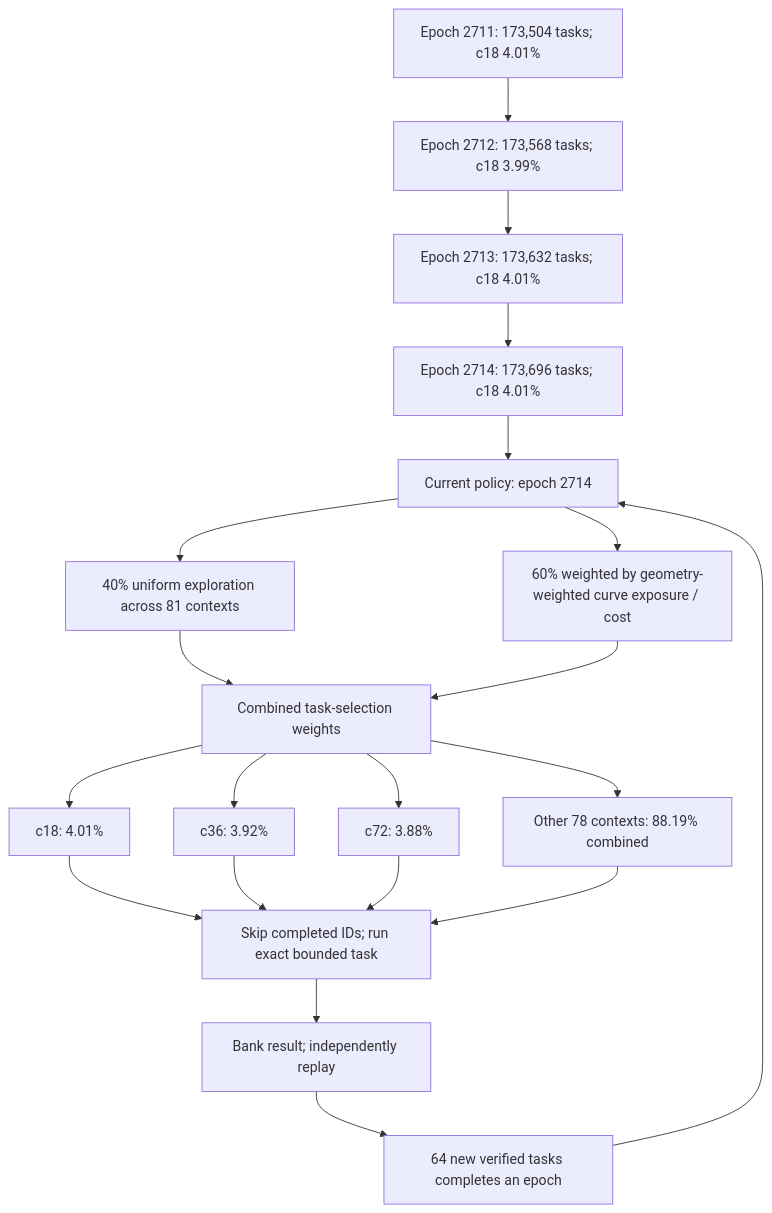
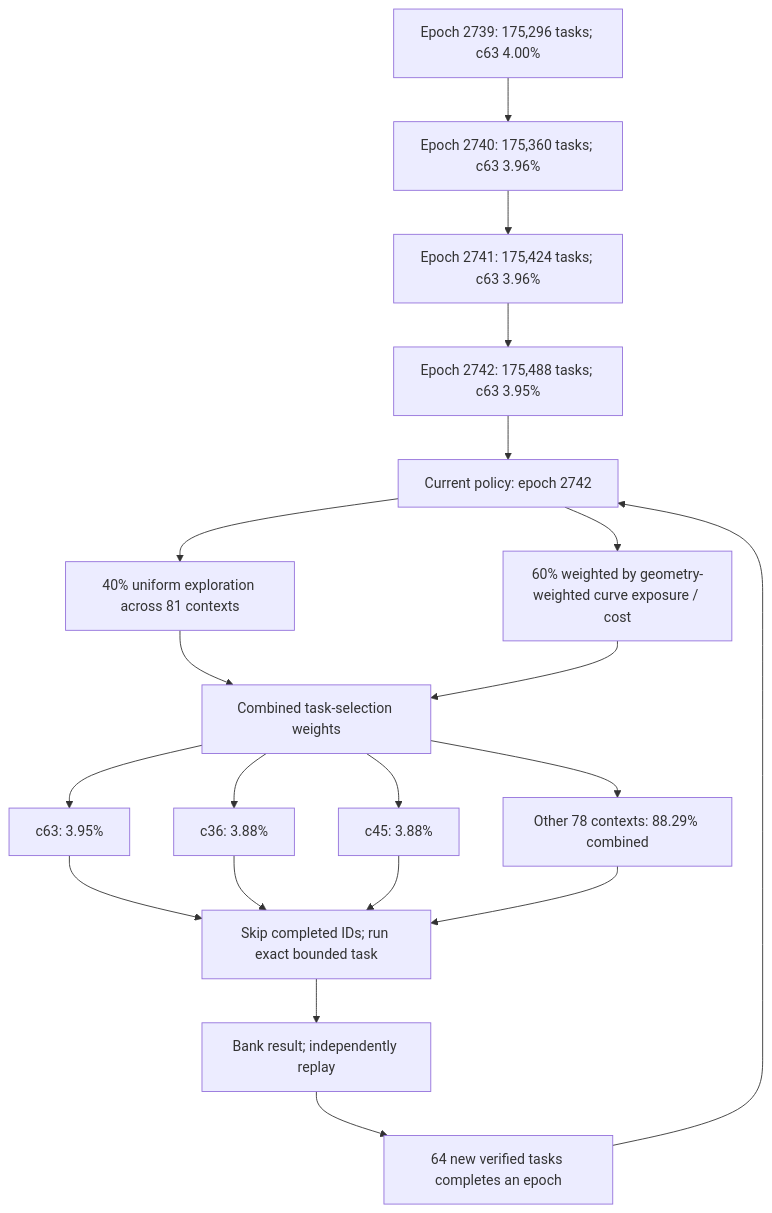
One commit to Kuberwastaken/math-gambling changed the first of 3 diagrams in README.md. Above: the diagram before and after it, drawn with Mermaid. The commit also changed other lines of this file and 3608 other files, not shown here.

````diff
--- a/README.md
+++ b/README.md
@@ -56,27 +56,27 @@
 ```mermaid
 flowchart TD
-    H0["Epoch 2711: 173,504 tasks; c18 4.01%"]
-    H1["Epoch 2712: 173,568 tasks; c18 3.99%"]
+    H0["Epoch 2739: 175,296 tasks; c63 4.00%"]
+    H1["Epoch 2740: 175,360 tasks; c63 3.96%"]
     H0 --> H1
-    H2["Epoch 2713: 173,632 tasks; c18 4.01%"]
+    H2["Epoch 2741: 175,424 tasks; c63 3.96%"]
     H1 --> H2
-    H3["Epoch 2714: 173,696 tasks; c18 4.01%"]
+    H3["Epoch 2742: 175,488 tasks; c63 3.95%"]
     H2 --> H3
-    Policy["Current policy: epoch 2714"]
+    Policy["Current policy: epoch 2742"]
     H3 --> Policy
     Policy --> Explore["40% uniform exploration across 81 contexts"]
     Policy --> Cost["60% weighted by geometry-weighted curve exposure / cost"]
     Explore --> Mix["Combined task-selection weights"]
     Cost --> Mix
-    Mix --> C0["c18: 4.01%"]
-    Mix --> C1["c36: 3.92%"]
-    Mix --> C2["c72: 3.88%"]
-    Mix --> Rest["Other 78 contexts: 88.19% combined"]
+    Mix --> C0["c63: 3.95%"]
+    Mix --> C1["c36: 3.88%"]
+    Mix --> C2["c45: 3.88%"]
+    Mix --> Rest["Other 78 contexts: 88.29% combined"]
     C0 --> Check["Skip completed IDs; run exact bounded task"]
     C1 --> Check
     C2 --> Check
     Rest --> Check
     Check --> Replay["Bank result; independently replay"]
     Replay --> Gate["64 new verified tasks completes an epoch"]
     Gate --> Policy
 ```
````
